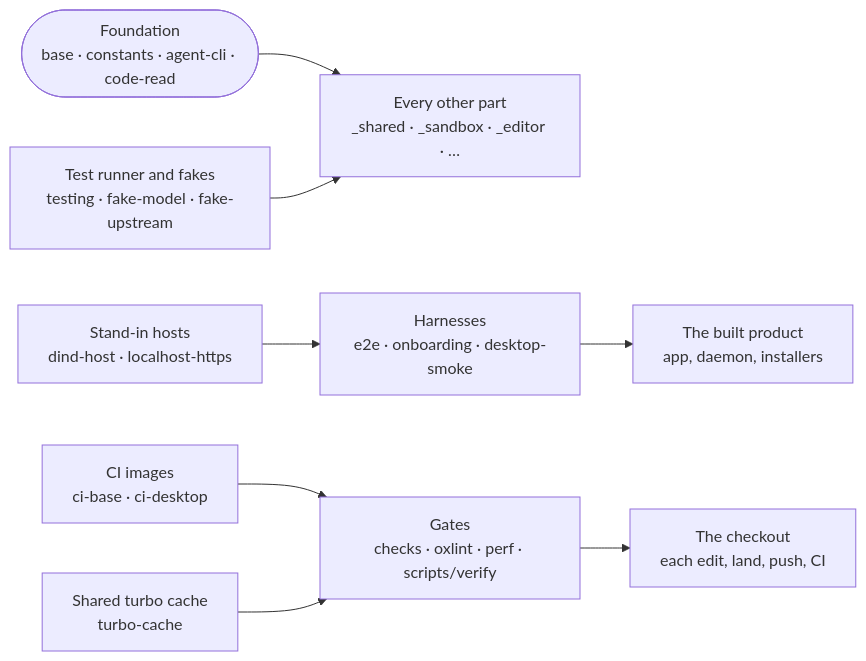
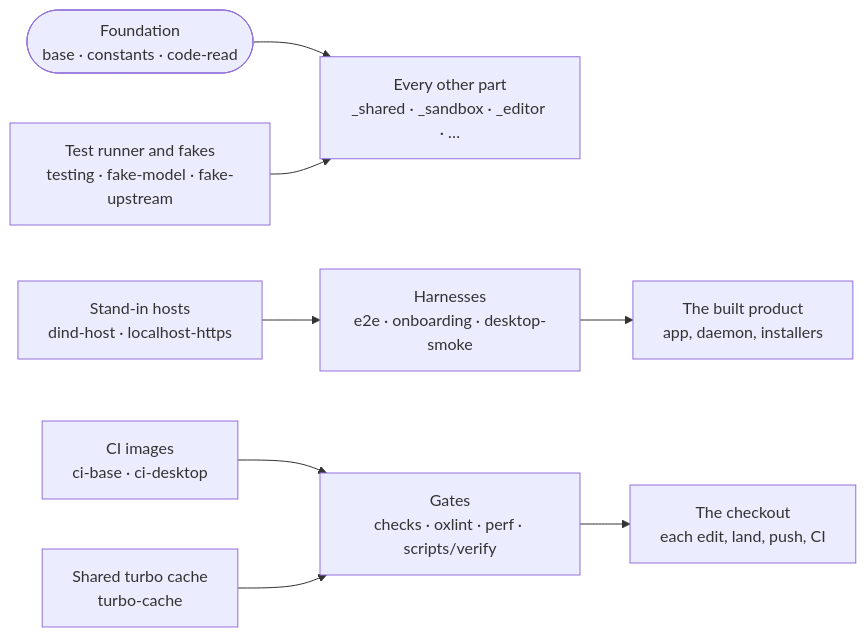
Before and after one commit to intentic/intentic: the diagram in _tools/README.md, drawn with Mermaid. The commit also changed other lines of this file and 859 other files, not shown here.

````diff
--- a/_tools/README.md
+++ b/_tools/README.md
@@ -5,10 +5,10 @@
 ```mermaid
 flowchart LR
-    foundation(["Foundation<br/>base · constants · agent-cli · code-read"]) --> parts["Every other part<br/>_shared · _sandbox · _editor · …"]
+    foundation(["Foundation<br/>base · constants · code-read"]) --> parts["Every other part<br/>_shared · _sandbox · _editor · …"]
     suites["Test runner and fakes<br/>testing · fake-model · fake-upstream"] --> parts
     harnesses["Harnesses<br/>e2e · onboarding · desktop-smoke"] --> product["The built product<br/>app, daemon, installers"]
     standins["Stand-in hosts<br/>dind-host · localhost-https"] --> harnesses
     gates["Gates<br/>checks · oxlint · perf · scripts/verify"] --> checkout["The checkout<br/>each edit, land, push, CI"]
     images["CI images<br/>ci-base · ci-desktop"] --> gates
     cache["Shared turbo cache<br/>turbo-cache"] --> gates
 ```
````
